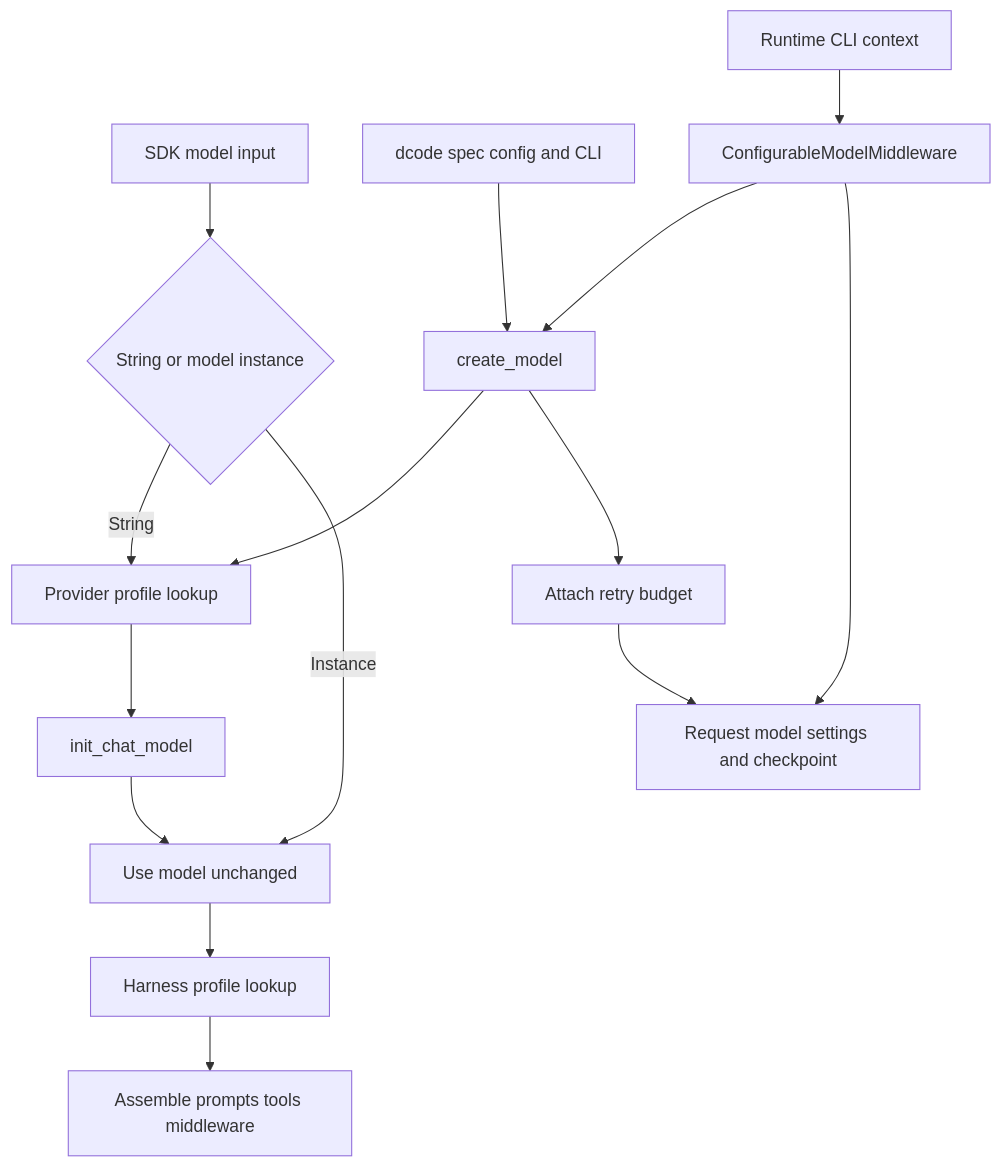
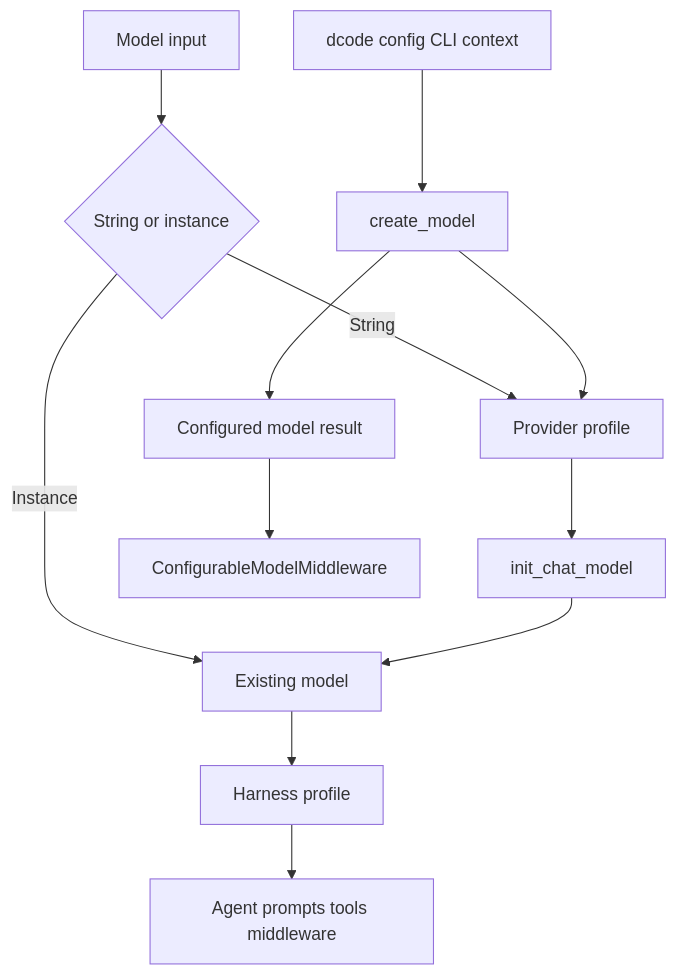
One commit to langchain-ai/deepagents changed the diagram in openwiki/concepts/profiles-models.md. Above: the diagram before and after it, drawn with Mermaid. The commit also changed other lines of this file and 62 other files, not shown here.

````diff
--- a/openwiki/concepts/profiles-models.md
+++ b/openwiki/concepts/profiles-models.md
@@ -39,17 +42,14 @@
 ```mermaid
 flowchart TD
-    Input["SDK model input"] --> Kind{"String or model instance"}
-    Kind -->|"String"| Provider["Provider profile lookup"]
-    Provider --> Construct["init_chat_model"]
-    Kind -->|"Instance"| Built["Use model unchanged"]
-    Construct --> Built
-    Built --> Harness["Harness profile lookup"]
-    Harness --> Agent["Assemble prompts tools middleware"]
-    Dcode["dcode spec config and CLI"] --> Create["create_model"]
+    Input["Model input"] --> Kind{"String or instance"}
+    Kind -->|"String"| Provider["Provider profile"]
+    Provider --> Init["init_chat_model"]
+    Kind -->|"Instance"| Ready["Existing model"]
+    Init --> Ready
+    Ready --> Harness["Harness profile"]
+    Harness --> Agent["Agent prompts tools middleware"]
+    Dcode["dcode config CLI context"] --> Create["create_model"]
     Create --> Provider
-    Create --> Budget["Attach retry budget"]
-    Context["Runtime CLI context"] --> Switch["ConfigurableModelMiddleware"]
-    Switch --> Create
-    Switch --> Request["Request model settings and checkpoint"]
-    Budget --> Request
+    Create --> Runtime["Configured model result"]
+    Runtime --> Switch["ConfigurableModelMiddleware"]
 ```
````
